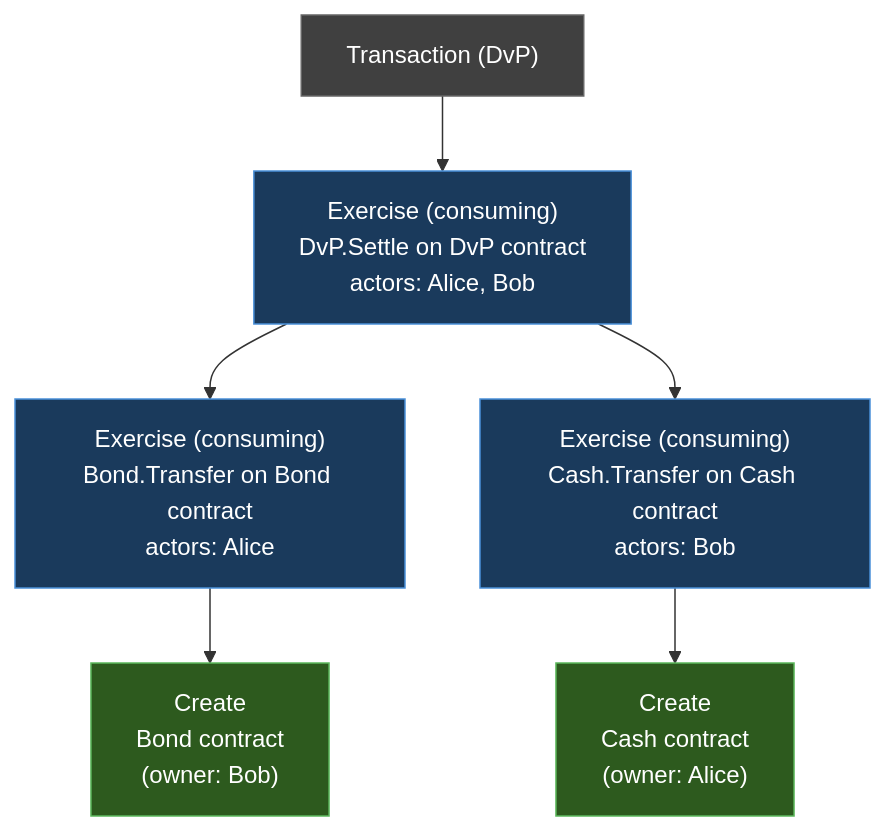
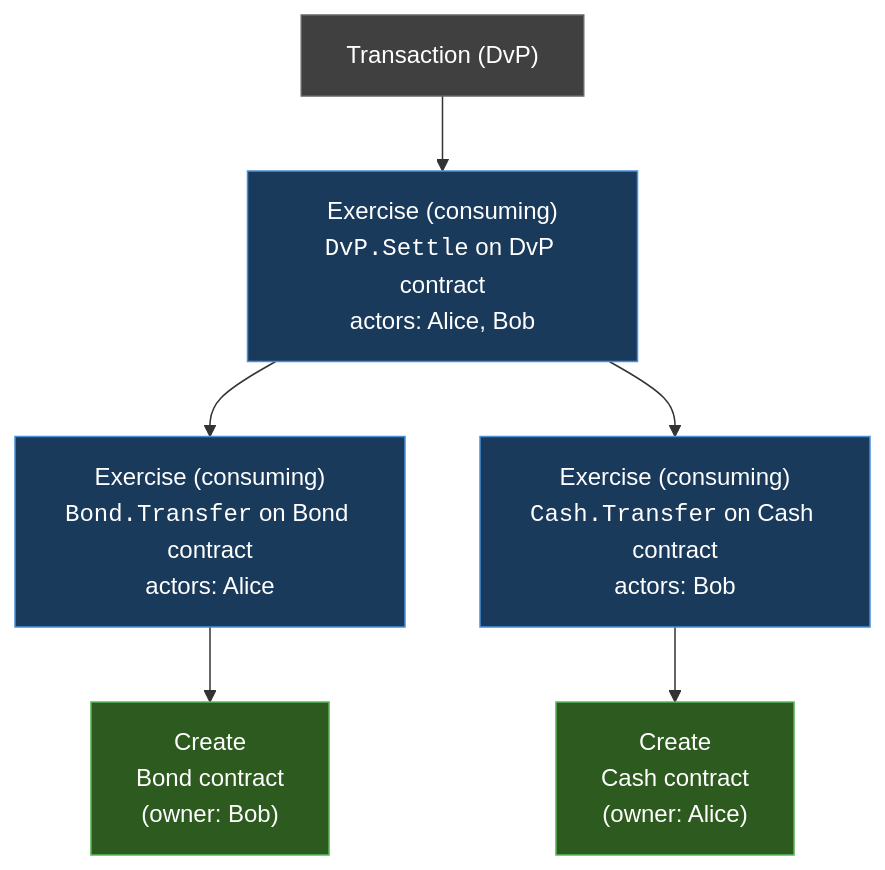
The diagram in docs-main/overview/reference/ledger-model-detailed.mdx (canton-network/cf-docs), drawn with Mermaid before and after one commit. The commit also changed other lines of this file and 3 other files, not shown here.

````diff
--- a/docs-main/overview/reference/ledger-model-detailed.mdx
+++ b/docs-main/overview/reference/ledger-model-detailed.mdx
@@ -100,23 +100,23 @@
 ```mermaid
 graph TD
     TX["Transaction (DvP)"]
 
-    EX1["Exercise (consuming)<br/>DvP.Settle on DvP contract<br/>actors: Alice, Bob"]
-    EX2["Exercise (consuming)<br/>Bond.Transfer on Bond contract<br/>actors: Alice"]
-    EX3["Exercise (consuming)<br/>Cash.Transfer on Cash contract<br/>actors: Bob"]
+    EX1["Exercise (consuming)<br/><code>DvP.Settle</code> on DvP contract<br/>actors: Alice, Bob"]
+    EX2["Exercise (consuming)<br/><code>Bond.Transfer</code> on Bond contract<br/>actors: Alice"]
+    EX3["Exercise (consuming)<br/><code>Cash.Transfer</code> on Cash contract<br/>actors: Bob"]
     CR1["Create<br/>Bond contract<br/>(owner: Bob)"]
     CR2["Create<br/>Cash contract<br/>(owner: Alice)"]
 
     TX --> EX1
     EX1 --> EX2
     EX1 --> EX3
     EX2 --> CR1
     EX3 --> CR2
 
     style TX fill:#404040,stroke:#666,color:#fff
     style EX1 fill:#1a3a5c,stroke:#4a90d9,color:#fff
     style EX2 fill:#1a3a5c,stroke:#4a90d9,color:#fff
     style EX3 fill:#1a3a5c,stroke:#4a90d9,color:#fff
     style CR1 fill:#2d5a1e,stroke:#5cb85c,color:#fff
     style CR2 fill:#2d5a1e,stroke:#5cb85c,color:#fff
 ```
````
